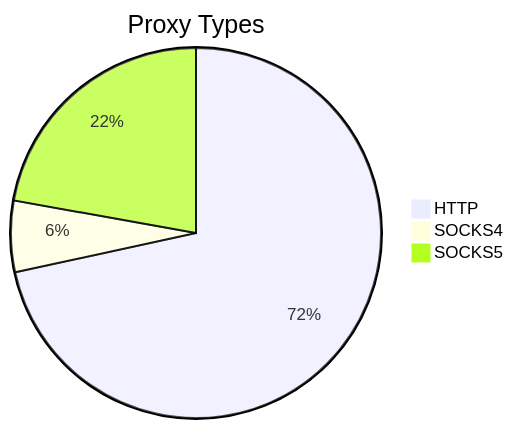
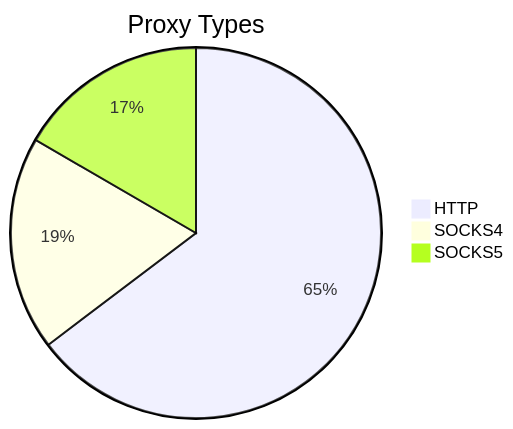
The first of 2 diagrams in README.md (stormsia/proxy-list), drawn with Mermaid before and after one commit. The commit also changed other lines of this file, not shown here.

````diff
--- a/README.md
+++ b/README.md
@@ -21,6 +21,6 @@
 ```mermaid
 pie title Proxy Types
-    "HTTP" : 184
-    "SOCKS4" : 16
-    "SOCKS5" : 57
+    "HTTP" : 381
+    "SOCKS4" : 110
+    "SOCKS5" : 98
 ```
````
